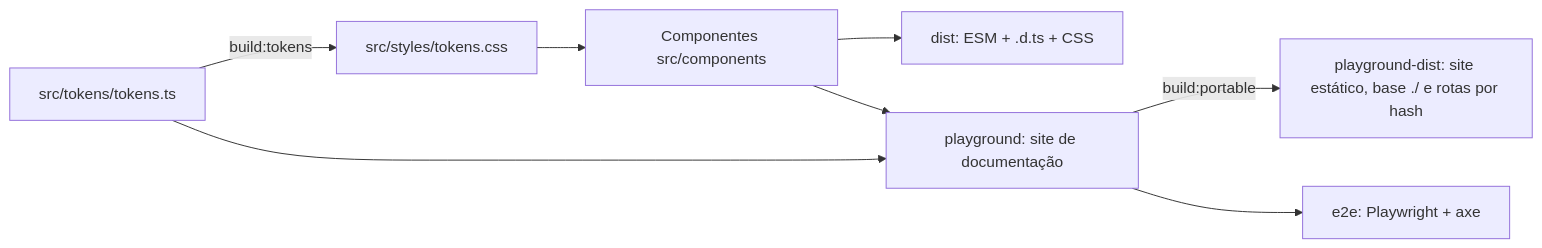
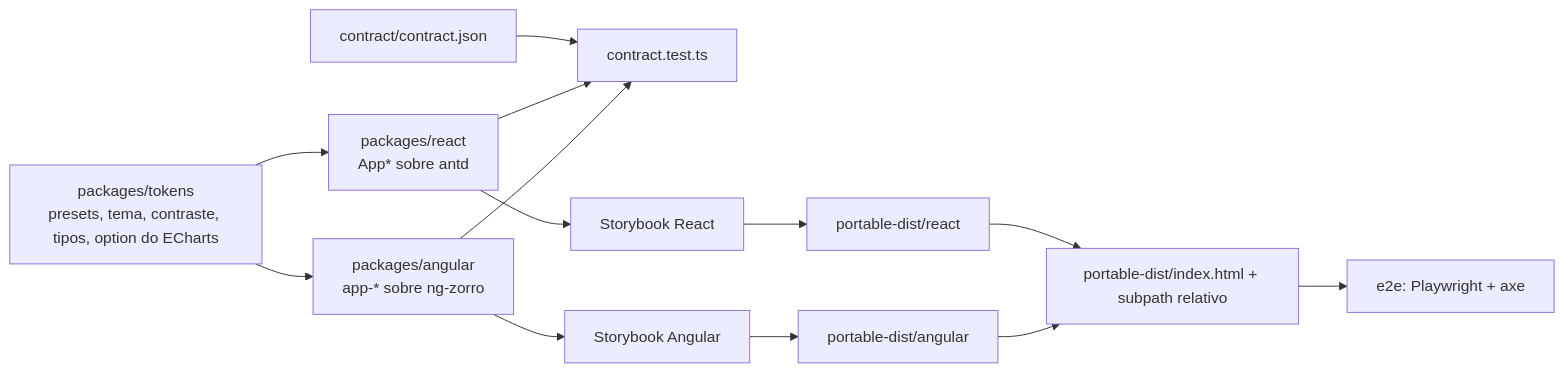
Before and after one commit to NasckDev/nasck-ui: the diagram in README.md, drawn with Mermaid. The commit also changed other lines of this file and 22 other files, not shown here.

Commit message:
feat: add portable demo, Playwright axe e2e, CI and Pages workflows, new prints and pt-BR README

````diff
--- a/README.md
+++ b/README.md
@@ -123,10 +49,15 @@
 ```mermaid
 flowchart LR
-  T[src/tokens/tokens.ts] -->|build:tokens| C[src/styles/tokens.css]
-  C --> L[Componentes src/components]
-  L --> D[dist: ESM + .d.ts + CSS]
-  L --> S[playground: site de documentação]
-  T --> S
-  S -->|build:portable| P[playground-dist: site estático, base ./ e rotas por hash]
-  S --> E[e2e: Playwright + axe]
+  C[contract/contract.json] --> T1[contract.test.ts]
+  K[packages/tokens<br/>presets, tema, contraste, tipos, option do ECharts] --> R[packages/react<br/>App* sobre antd]
+  K --> A[packages/angular<br/>app-* sobre ng-zorro]
+  R --> T1
+  A --> T1
+  R --> SR[Storybook React]
+  A --> SA[Storybook Angular]
+  SR --> P[portable-dist/react]
+  SA --> P2[portable-dist/angular]
+  P --> D[portable-dist/index.html + subpath relativo]
+  P2 --> D
+  D --> E[e2e: Playwright + axe]
 ```
````
